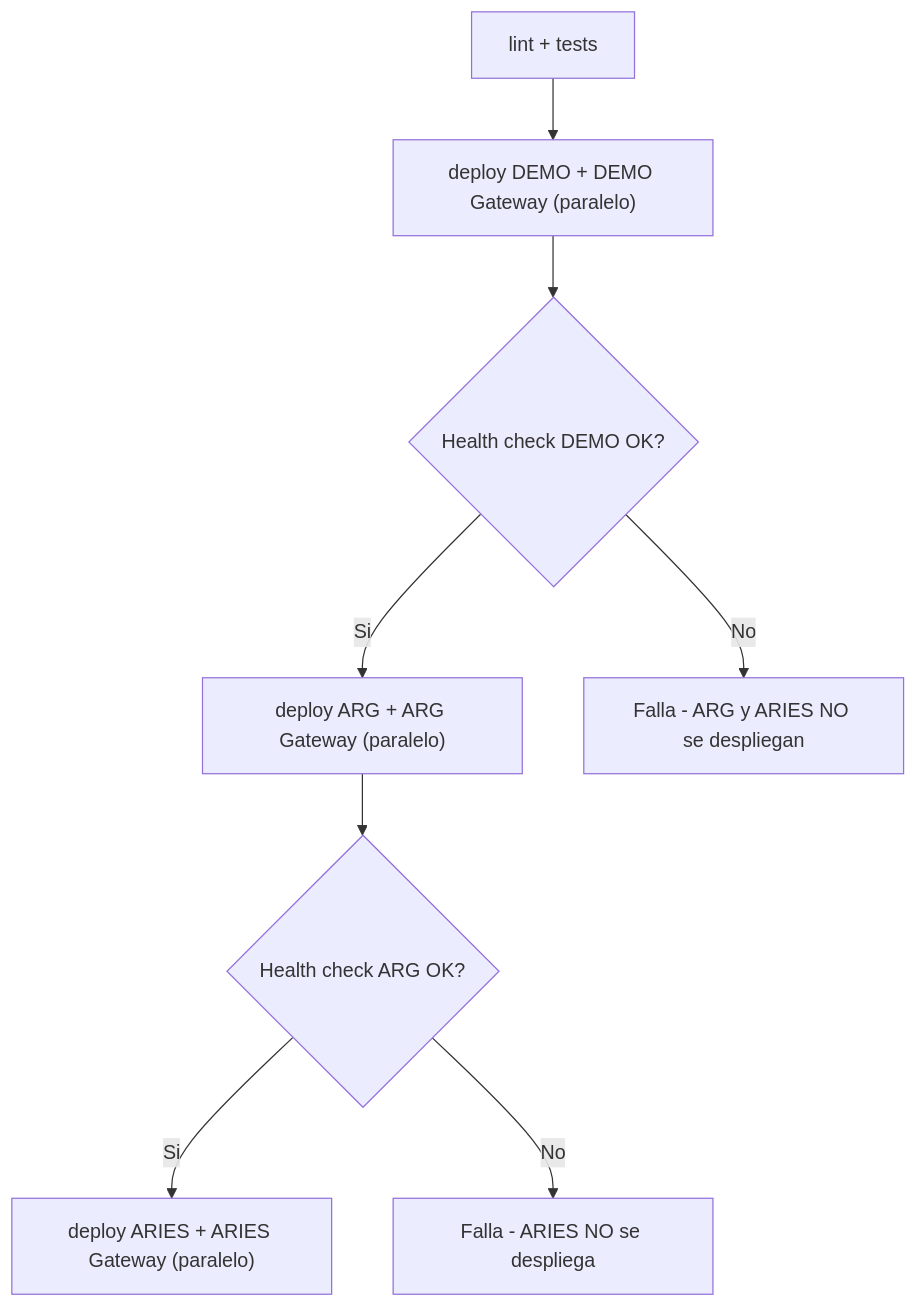
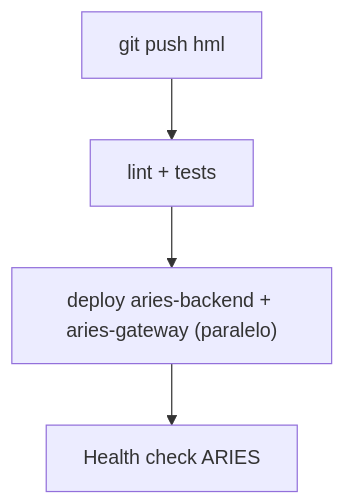
Before and after one commit to GDI-AGPLv3/GDI-Docs: the second of 4 diagrams in docs/desarrollo/deploy/github-actions.md, drawn with Mermaid. The commit also changed other lines of this file, not shown here.

Commit message:
docs(deploy): flujo dev→hml→prd y workflow HML (ARIES desde hml)

````diff
--- a/docs/desarrollo/deploy/github-actions.md
+++ b/docs/desarrollo/deploy/github-actions.md
@@ -117,10 +122,6 @@
 ```mermaid
 graph TD
-    A["lint + tests"] --> B["deploy DEMO + DEMO Gateway (paralelo)"]
-    B --> C{"Health check DEMO OK?"}
-    C -->|Si| D["deploy ARG + ARG Gateway (paralelo)"]
-    C -->|No| E["Falla - ARG y ARIES NO se despliegan"]
-    D --> F{"Health check ARG OK?"}
-    F -->|Si| G["deploy ARIES + ARIES Gateway (paralelo)"]
-    F -->|No| H["Falla - ARIES NO se despliega"]
+    A["git push hml"] --> B["lint + tests"]
+    B --> C["deploy aries-backend + aries-gateway (paralelo)"]
+    C --> D["Health check ARIES"]
 ```
````
